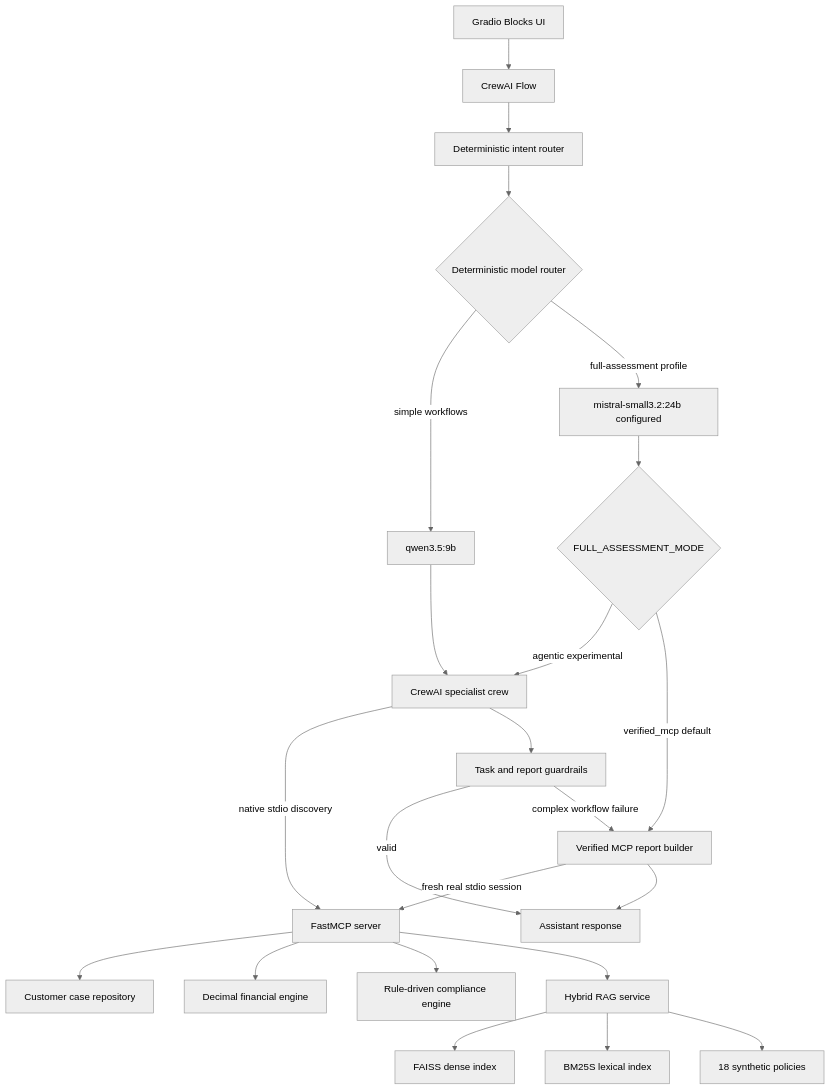
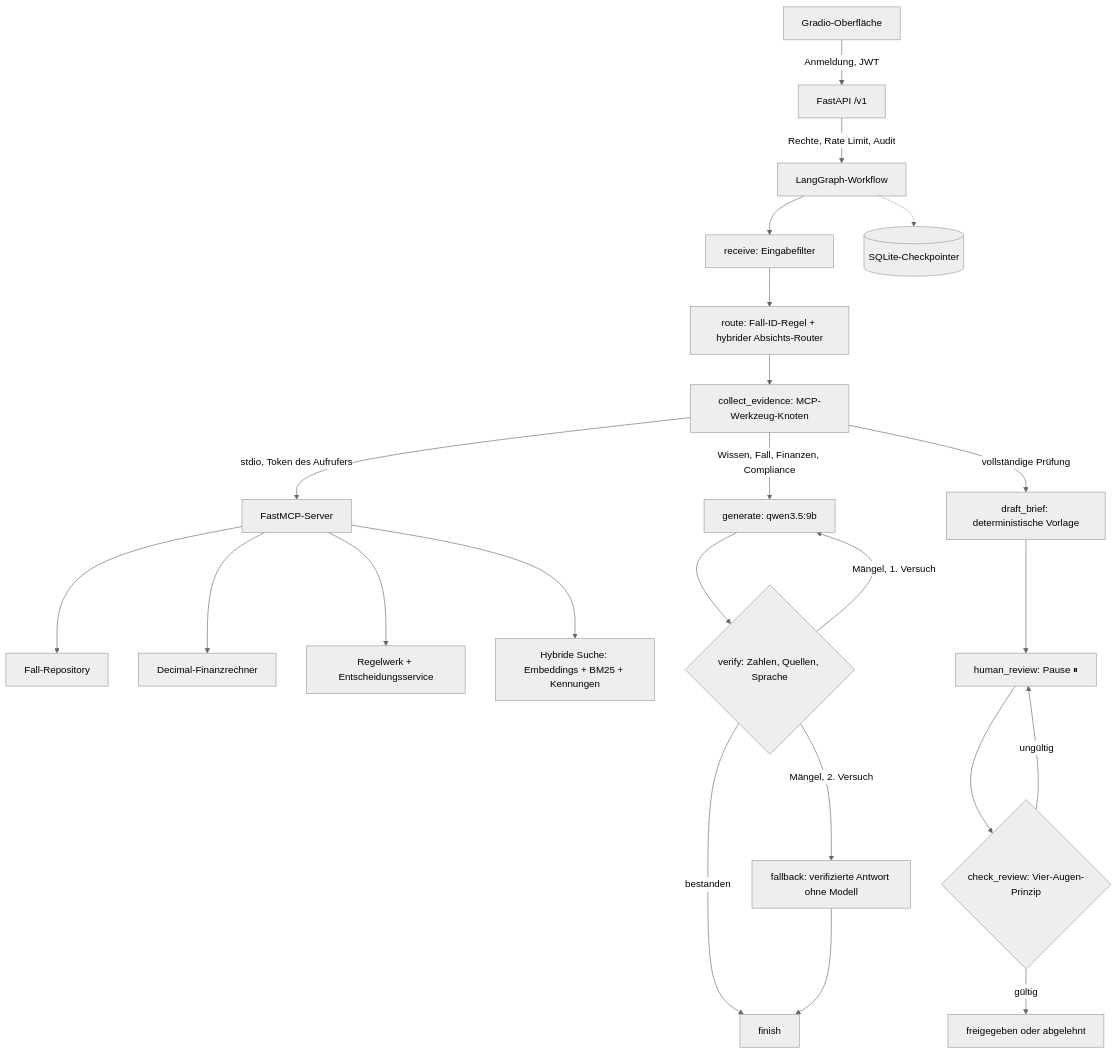
Before and after one commit to Maik-Huebner/secure-enterprise-ai-assistant: the diagram in docs/architecture.md, drawn with Mermaid (neutral theme). The commit also changed other lines of this file and 8 other files, not shown here.

First line of the commit message:
docs: LangGraph architecture, answer quality, learning note for package 4

````diff
--- a/docs/architecture.md
+++ b/docs/architecture.md
@@ -3,25 +3,25 @@
 ```mermaid
 flowchart TD
-    UI[Gradio Blocks UI] --> FLOW[CrewAI Flow]
-    FLOW --> ROUTER[Deterministic intent router]
-    ROUTER --> MODEL{Deterministic model router}
-    MODEL -->|simple workflows| QWEN[qwen3.5:9b]
-    MODEL -->|full-assessment profile| MISTRAL[mistral-small3.2:24b configured]
-    QWEN --> CREW[CrewAI specialist crew]
-    MISTRAL --> MODE{FULL_ASSESSMENT_MODE}
-    MODE -->|agentic experimental| CREW
-    MODE -->|verified_mcp default| FALLBACK[Verified MCP report builder]
-    CREW -->|native stdio discovery| MCP[FastMCP server]
-    CREW --> GUARD[Task and report guardrails]
-    GUARD -->|valid| RESPONSE[Assistant response]
-    GUARD -->|complex workflow failure| FALLBACK
-    FALLBACK -->|fresh real stdio session| MCP
-    FALLBACK --> RESPONSE
-    MCP --> CASES[Customer case repository]
-    MCP --> FIN[Decimal financial engine]
-    MCP --> COMP[Rule-driven compliance engine]
-    MCP --> RAG[Hybrid RAG service]
-    RAG --> FAISS[FAISS dense index]
-    RAG --> BM25[BM25S lexical index]
-    RAG --> KB[18 synthetic policies]
+    UI[Gradio-Oberfläche] -->|Anmeldung, JWT| API[FastAPI /v1]
+    API -->|Rechte, Rate Limit, Audit| G[LangGraph-Workflow]
+    G --> RCV[receive: Eingabefilter]
+    RCV --> RT[route: Fall-ID-Regel + hybrider Absichts-Router]
+    RT --> COL[collect_evidence: MCP-Werkzeug-Knoten]
+    COL -->|stdio, Token des Aufrufers| MCP[FastMCP-Server]
+    MCP --> CASES[Fall-Repository]
+    MCP --> FIN[Decimal-Finanzrechner]
+    MCP --> COMP[Regelwerk + Entscheidungsservice]
+    MCP --> RAG[Hybride Suche: Embeddings + BM25 + Kennungen]
+    COL -->|Wissen, Fall, Finanzen, Compliance| GEN[generate: qwen3.5:9b]
+    GEN --> VER{verify: Zahlen, Quellen, Sprache}
+    VER -->|bestanden| FIN2[finish]
+    VER -->|Mängel, 1. Versuch| GEN
+    VER -->|Mängel, 2. Versuch| FB[fallback: verifizierte Antwort ohne Modell]
+    FB --> FIN2
+    COL -->|vollständige Prüfung| DR[draft_brief: deterministische Vorlage]
+    DR --> HR[human_review: Pause ⏸]
+    HR --> CR{check_review: Vier-Augen-Prinzip}
+    CR -->|ungültig| HR
+    CR -->|gültig| END[freigegeben oder abgelehnt]
+    G -.-> CP[(SQLite-Checkpointer)]
 ```
````
